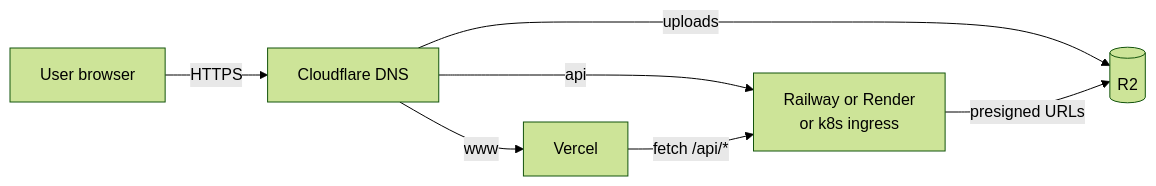
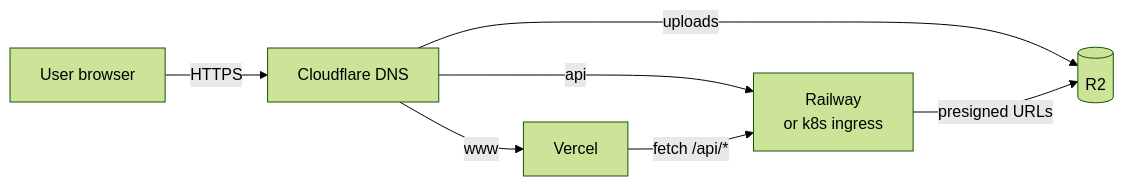
One commit to xploroshan/jyotryx changed diagram 17 of 17 in docs/ARCHITECTURE.md. Above: the diagram before and after it, drawn with Mermaid (forest theme). The commit also changed other lines of this file and 2 other files, not shown here.

````diff
--- a/docs/ARCHITECTURE.md
+++ b/docs/ARCHITECTURE.md
@@ -667,9 +666,9 @@
 ```mermaid
 graph LR
     U[User browser] -->|HTTPS| CF[Cloudflare DNS]
     CF -->|www| Vercel
-    CF -->|api| Origin[Railway or Render<br/>or k8s ingress]
+    CF -->|api| Origin[Railway<br/>or k8s ingress]
     CF -->|uploads| R2[(R2)]
     Vercel -->|fetch /api/*| Origin
     Origin -->|presigned URLs| R2
 ```
````
